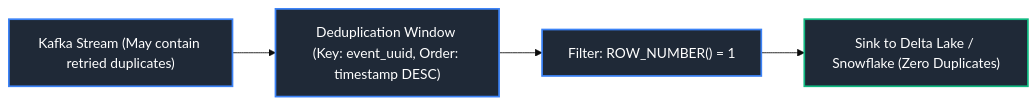
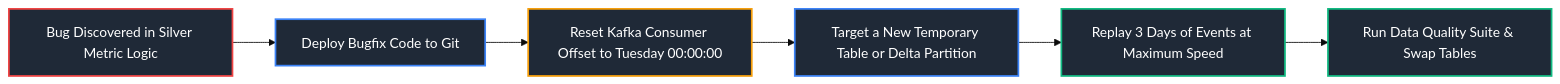
Diagram 11 of 24 in Data Engineering/10_data_pipeline_design_and_ingestion.md (joydeep-biswas/Interview-Preparation), drawn with Mermaid (base theme) before and after one commit. The commit also changed other lines of this file and 143 other files, not shown here.

````diff
--- a/Data Engineering/10_data_pipeline_design_and_ingestion.md
+++ b/Data Engineering/10_data_pipeline_design_and_ingestion.md
@@ -308,11 +721,15 @@
 ```mermaid
 flowchart LR
-    Stream["Kafka Stream (May contain retried duplicates)"] --> Window["Deduplication Window (Key: event_uuid, Order: timestamp DESC)"]
-    Window --> Filter["Filter: ROW_NUMBER() = 1"]
-    Filter --> Sink["Sink to Delta Lake / Snowflake (Zero Duplicates)"]
+    BugDiscovered["Bug Discovered in Silver Metric Logic"] --> FixCode["Deploy Bugfix Code to Git"]
+    FixCode --> ResetOffset["Reset Kafka Consumer Offset to Tuesday 00:00:00"]
+    ResetOffset --> PointSink["Target a New Temporary Table or Delta Partition"]
+    PointSink --> StreamReplay["Replay 3 Days of Events at Maximum Speed"]
+    StreamReplay --> Validate["Run Data Quality Suite & Swap Tables"]
 
-    style Stream fill:#1f2937,stroke:#3b82f6,stroke-width:2px,color:#fff
-    style Window fill:#1f2937,stroke:#3b82f6,stroke-width:2px,color:#fff
-    style Filter fill:#1f2937,stroke:#3b82f6,stroke-width:2px,color:#fff
-    style Sink fill:#1f2937,stroke:#10b981,stroke-width:2px,color:#fff
+    style BugDiscovered fill:#1f2937,stroke:#ef4444,stroke-width:2px,color:#fff
+    style FixCode fill:#1f2937,stroke:#3b82f6,stroke-width:2px,color:#fff
+    style ResetOffset fill:#1f2937,stroke:#f59e0b,stroke-width:2px,color:#fff
+    style PointSink fill:#1f2937,stroke:#3b82f6,stroke-width:2px,color:#fff
+    style StreamReplay fill:#1f2937,stroke:#10b981,stroke-width:2px,color:#fff
+    style Validate fill:#1f2937,stroke:#10b981,stroke-width:2px,color:#fff
 ```
````
